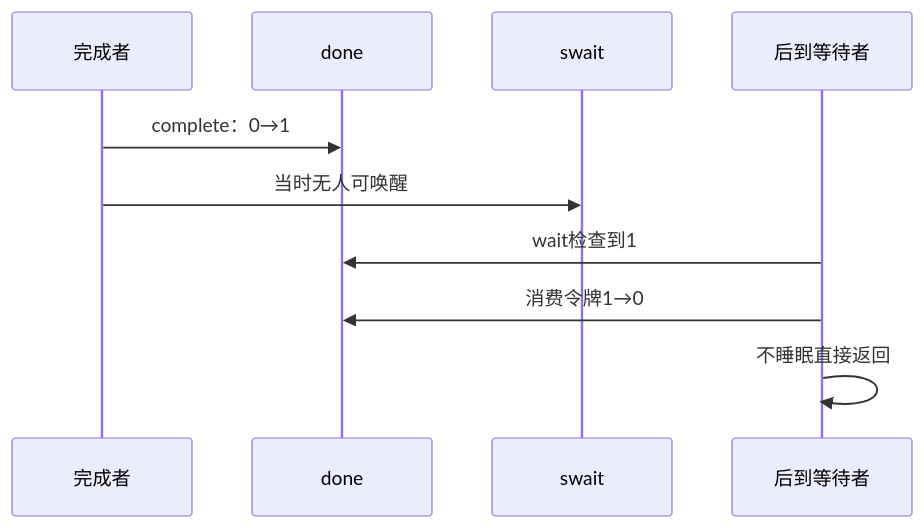
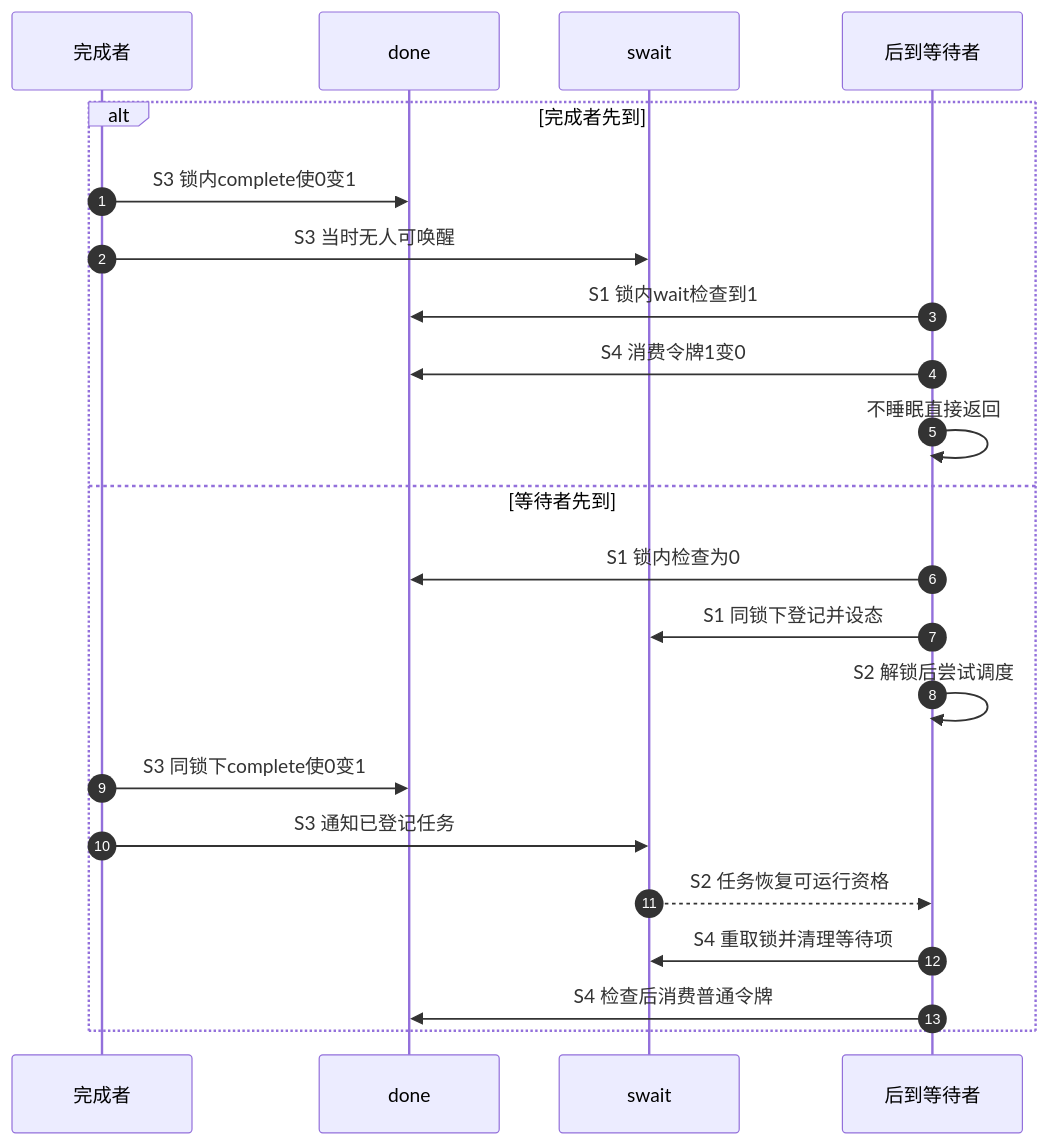
One commit to FormingSystem/linux_note changed the second of 2 diagrams in knowledge/linux/synchronization_and_asynchrony/synchronization/waiting_notification/P06_completion令牌状态与调用链.md. Above: the diagram before and after it, drawn with Mermaid. The commit also changed other lines of this file and 9 other files, not shown here.

````diff
--- a/knowledge/linux/synchronization_and_asynchrony/synchronization/waiting_notification/P06_completion令牌状态与调用链.md
+++ b/knowledge/linux/synchronization_and_asynchrony/synchronization/waiting_notification/P06_completion令牌状态与调用链.md
@@ -44,13 +48,25 @@
 ```mermaid
 sequenceDiagram
+    autonumber
     participant P as 完成者
     participant D as done
     participant Q as swait
     participant W as 后到等待者
 
-    P->>D: complete：0→1
-    P->>Q: 当时无人可唤醒
-    W->>D: wait检查到1
-    W->>D: 消费令牌1→0
-    W->>W: 不睡眠直接返回
+    alt 完成者先到
+        P->>D: S3 锁内complete使0变1
+        P->>Q: S3 当时无人可唤醒
+        W->>D: S1 锁内wait检查到1
+        W->>D: S4 消费令牌1变0
+        W->>W: 不睡眠直接返回
+    else 等待者先到
+        W->>D: S1 锁内检查为0
+        W->>Q: S1 同锁下登记并设态
+        W->>W: S2 解锁后尝试调度
+        P->>D: S3 同锁下complete使0变1
+        P->>Q: S3 通知已登记任务
+        Q-->>W: S2 任务恢复可运行资格
+        W->>Q: S4 重取锁并清理等待项
+        W->>D: S4 检查后消费普通令牌
+    end
 ```
````
